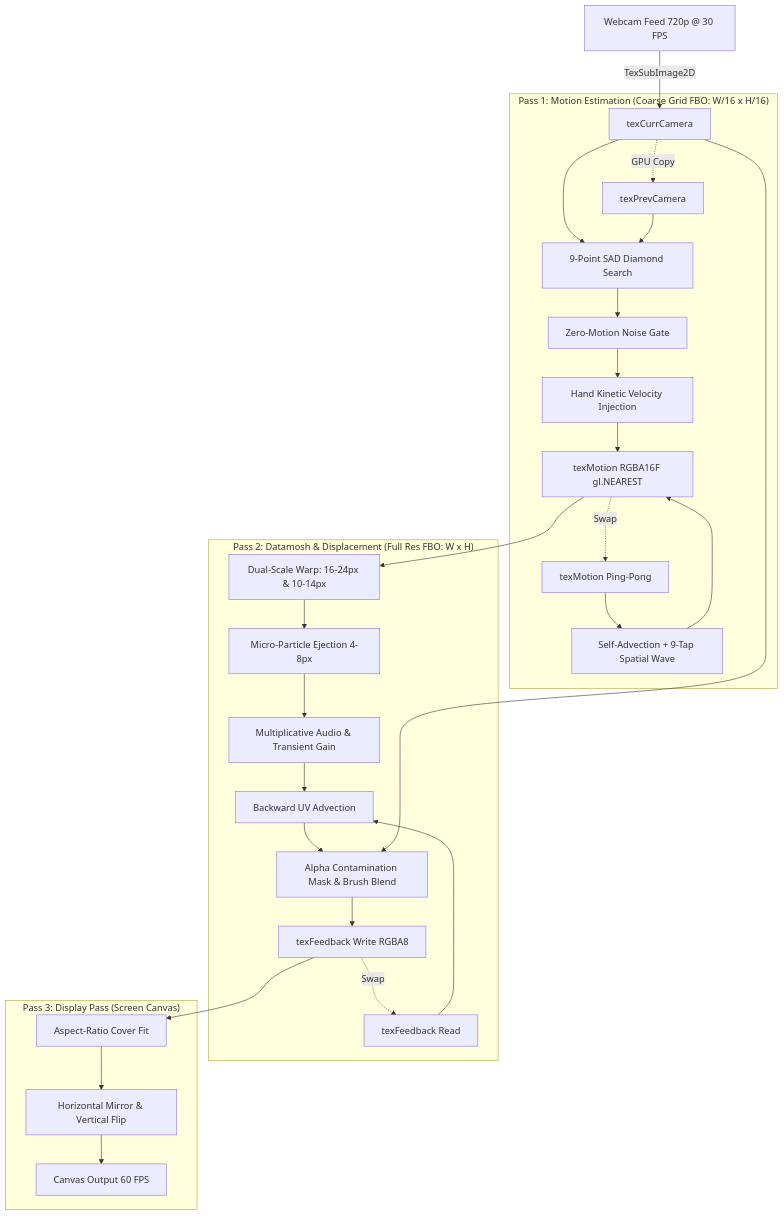
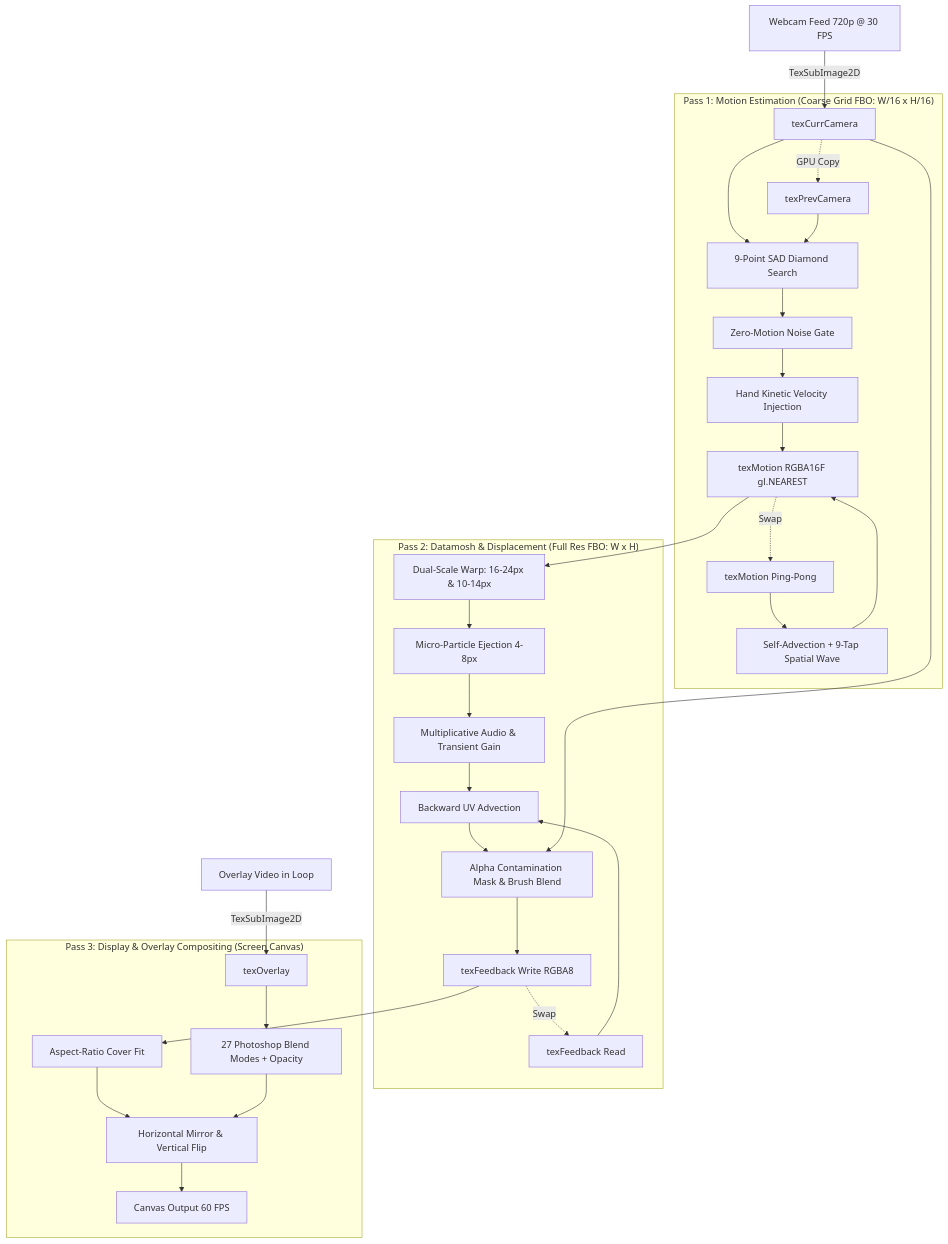
One commit to swastikp-io/MOSHROOM changed the diagram in README.md. Above: the diagram before and after it, drawn with Mermaid. The commit also changed other lines of this file and 2 other files, not shown here.

````diff
--- a/README.md
+++ b/README.md
@@ -80,34 +96,36 @@
 ```mermaid
 flowchart TD
     Cam[Webcam Feed 720p @ 30 FPS] -->|TexSubImage2D| CurrCam[texCurrCamera]
     PrevCam[texPrevCamera]
+    OverlayVid[Overlay Video in Loop] -->|TexSubImage2D| OverlayTex[texOverlay]
     
     subgraph Pass1["Pass 1: Motion Estimation (Coarse Grid FBO: W/16 x H/16)"]
         CurrCam & PrevCam --> SAD[9-Point SAD Diamond Search]
         SAD --> NoiseGate[Zero-Motion Noise Gate]
         NoiseGate --> HandVel[Hand Kinetic Velocity Injection]
         PrevMotion[texMotion Ping-Pong] --> Advect[Self-Advection + 9-Tap Spatial Wave]
         HandVel & Advect --> MotionFBO[texMotion RGBA16F gl.NEAREST]
     end
 
     subgraph Pass2["Pass 2: Datamosh & Displacement (Full Res FBO: W x H)"]
         MotionFBO --> DualGrid[Dual-Scale Warp: 16-24px & 10-14px]
         DualGrid --> Scatter[Micro-Particle Ejection 4-8px]
         Scatter --> AudioSurge[Multiplicative Audio & Transient Gain]
         AudioSurge --> AdvectUV[Backward UV Advection]
         PrevFeedback[texFeedback Read] --> AdvectUV
         AdvectUV --> ContamMask[Alpha Contamination Mask & Brush Blend]
         CurrCam --> ContamMask
         ContamMask --> FeedbackFBO[texFeedback Write RGBA8]
     end
 
-    subgraph Pass3["Pass 3: Display Pass (Screen Canvas)"]
+    subgraph Pass3["Pass 3: Display & Overlay Compositing (Screen Canvas)"]
         FeedbackFBO --> CoverAspect[Aspect-Ratio Cover Fit]
-        CoverAspect --> MirrorFlip[Horizontal Mirror & Vertical Flip]
+        OverlayTex --> BlendModes[27 Photoshop Blend Modes + Opacity]
+        CoverAspect & BlendModes --> MirrorFlip[Horizontal Mirror & Vertical Flip]
         MirrorFlip --> ScreenCanvas[Canvas Output 60 FPS]
     end
 
     FeedbackFBO -.->|Swap| PrevFeedback
     MotionFBO -.->|Swap| PrevMotion
     CurrCam -.->|GPU Copy| PrevCam
 ```
````
